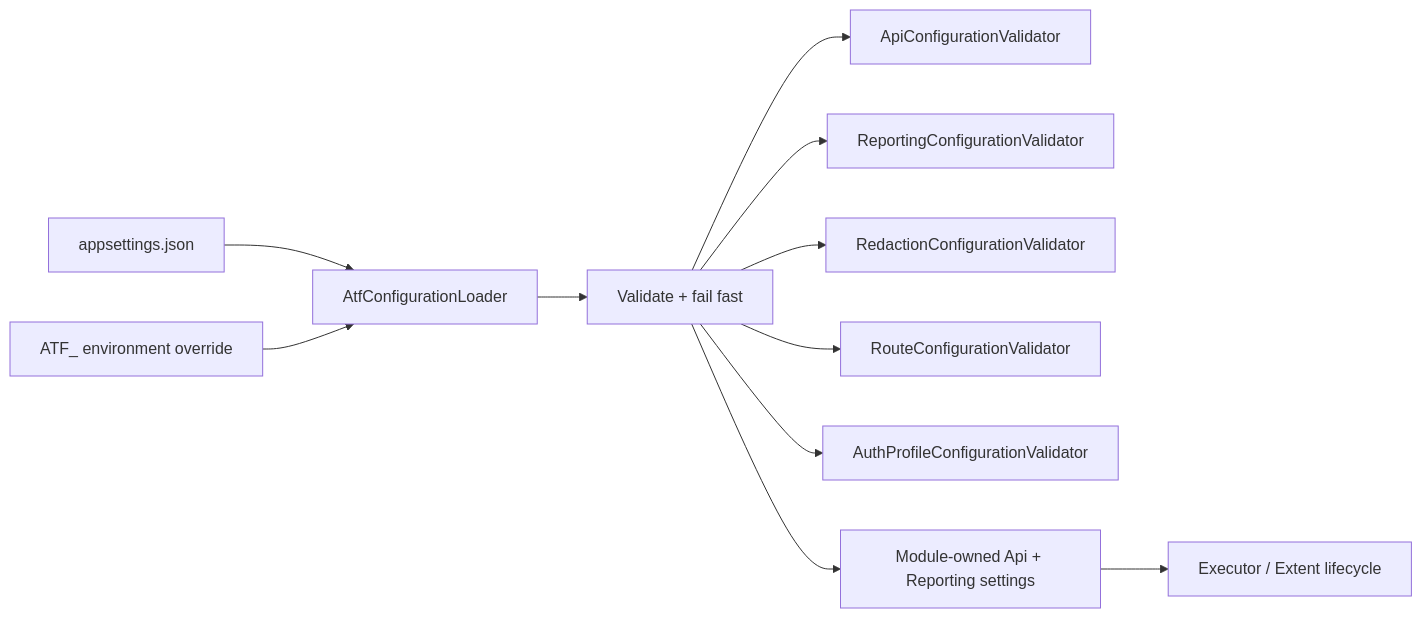
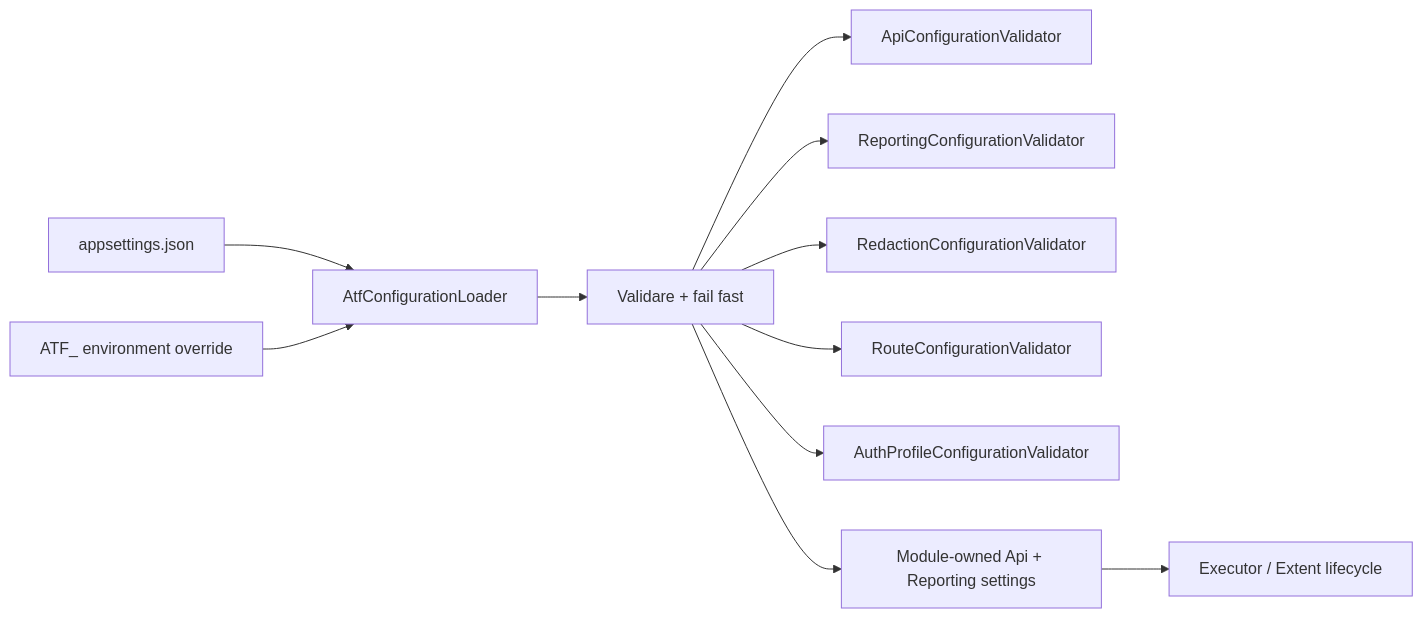
One commit to crististefanita/CS1 changed the third of 4 diagrams in Atf.Core/README.md. Above: the diagram before and after it, drawn with Mermaid. The commit also changed other lines of this file and 28 other files, not shown here.

````diff
--- a/Atf.Core/README.md
+++ b/Atf.Core/README.md
@@ -169,13 +178,13 @@
 ```mermaid
 flowchart LR
     File[appsettings.json] --> Loader[AtfConfigurationLoader]
     Env[ATF_ environment override] --> Loader
-    Loader --> Validate[Validate + fail fast]
+    Loader --> Validate[Validare + fail fast]
     Validate --> ApiRule[ApiConfigurationValidator]
     Validate --> ReportRule[ReportingConfigurationValidator]
     Validate --> RedactionRule[RedactionConfigurationValidator]
     Validate --> RouteRule[RouteConfigurationValidator]
     Validate --> AuthRule[AuthProfileConfigurationValidator]
     Validate --> Settings[Module-owned Api + Reporting settings]
     Settings --> Runtime[Executor / Extent lifecycle]
 ```
````
